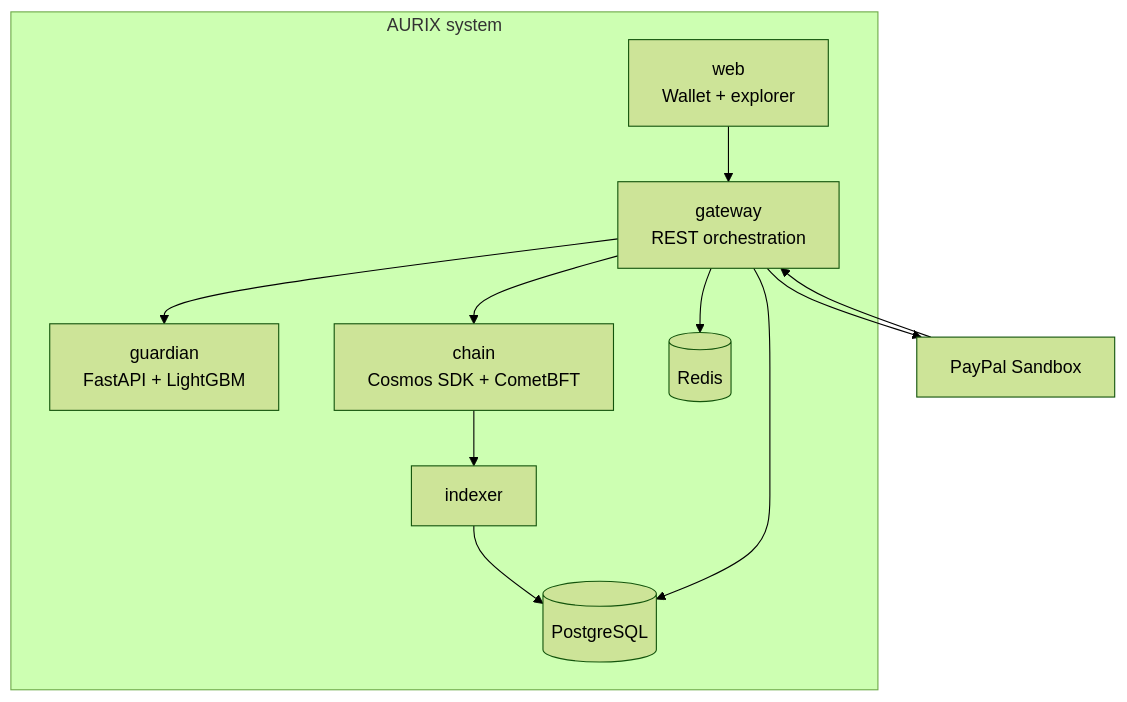
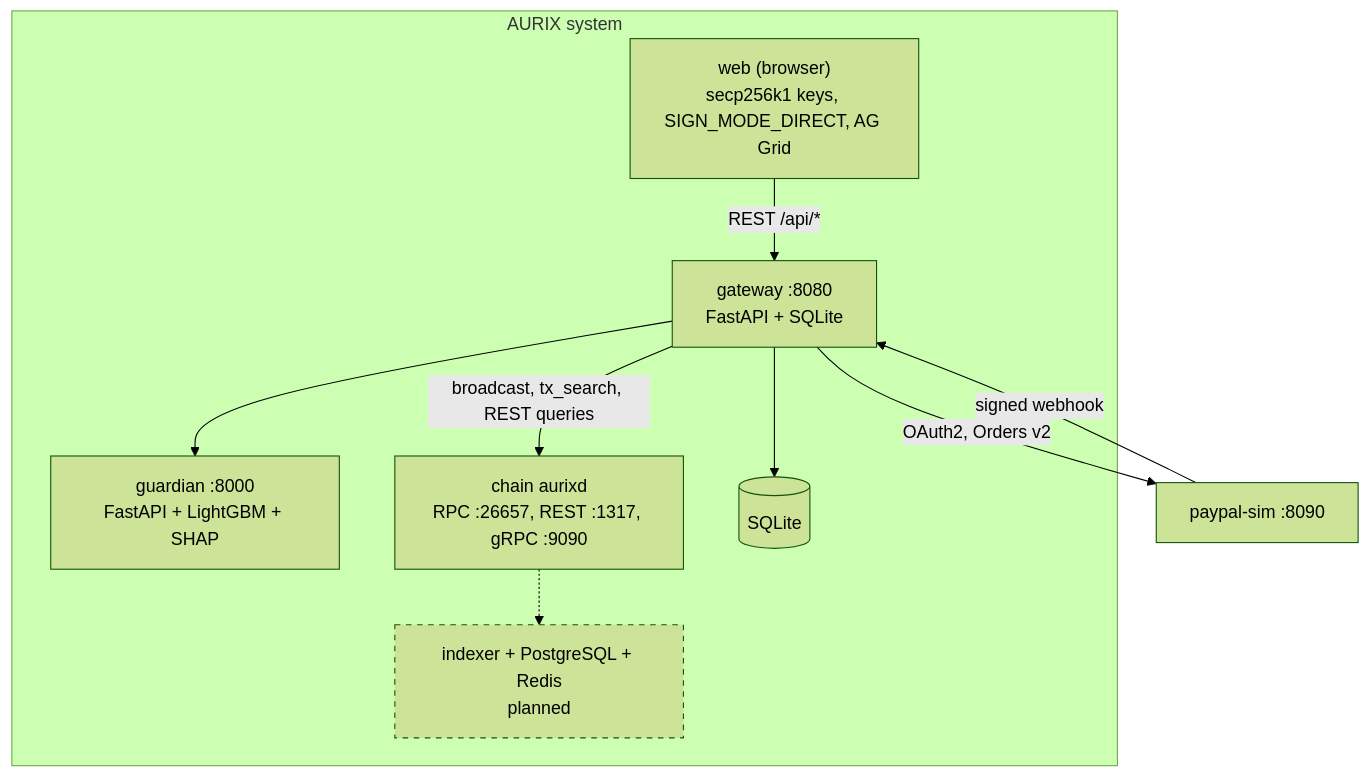
Before and after one commit to joeylukoji/Aurix: the second of 11 diagrams in docs/architecture/diagrams.md, drawn with Mermaid (forest theme). The commit also changed other lines of this file and 7 other files, not shown here.

Commit message:
docs: as-built architecture, sprint status, Devpost description and demo script

````diff
--- a/docs/architecture/diagrams.md
+++ b/docs/architecture/diagrams.md
@@ -20,21 +22,20 @@
 ```mermaid
 flowchart TB
     subgraph AURIX[AURIX system]
-        WEB[web<br/>Wallet + explorer]
-        GW[gateway<br/>REST orchestration]
-        GD[guardian<br/>FastAPI + LightGBM]
-        CH[chain<br/>Cosmos SDK + CometBFT]
-        IX[indexer]
-        PG[(PostgreSQL)]
-        RD[(Redis)]
+        WEB["web (browser)<br/>secp256k1 keys, SIGN_MODE_DIRECT, AG Grid"]
+        GW["gateway :8080<br/>FastAPI + SQLite"]
+        GD["guardian :8000<br/>FastAPI + LightGBM + SHAP"]
+        CH["chain aurixd<br/>RPC :26657, REST :1317, gRPC :9090"]
+        DB[(SQLite)]
+        IX["indexer + PostgreSQL + Redis<br/>planned"]
     end
-    PP[PayPal Sandbox]
-    WEB --> GW
+    PP["paypal-sim :8090"]
+    WEB -->|REST /api/*| GW
     GW --> GD
-    GW --> CH
-    GW --> PP
-    PP --> GW
-    CH --> IX --> PG
-    GW --> PG
-    GW --> RD
+    GW -->|broadcast, tx_search, REST queries| CH
+    GW --> DB
+    GW -->|OAuth2, Orders v2| PP
+    PP -->|signed webhook| GW
+    CH -.-> IX
+    style IX stroke-dasharray: 5 5
 ```
````
